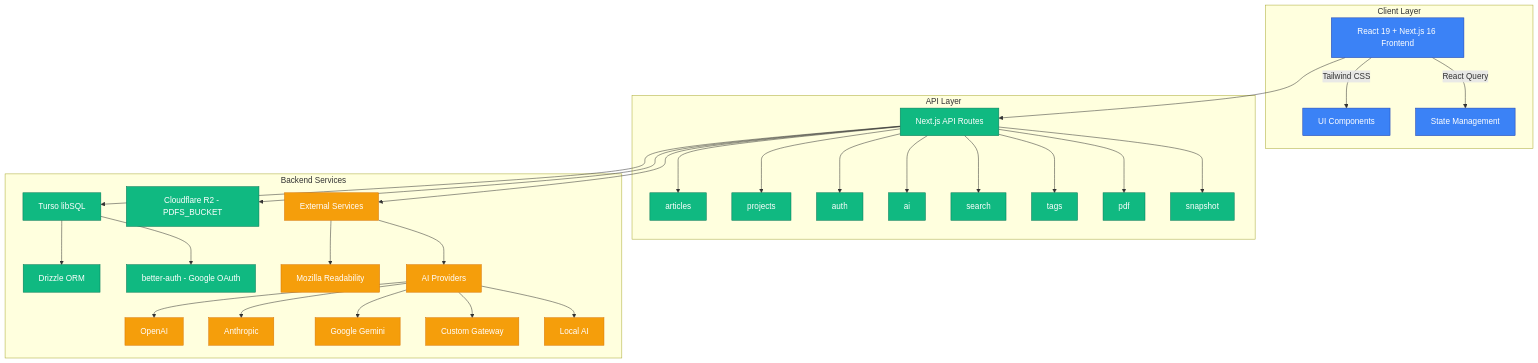
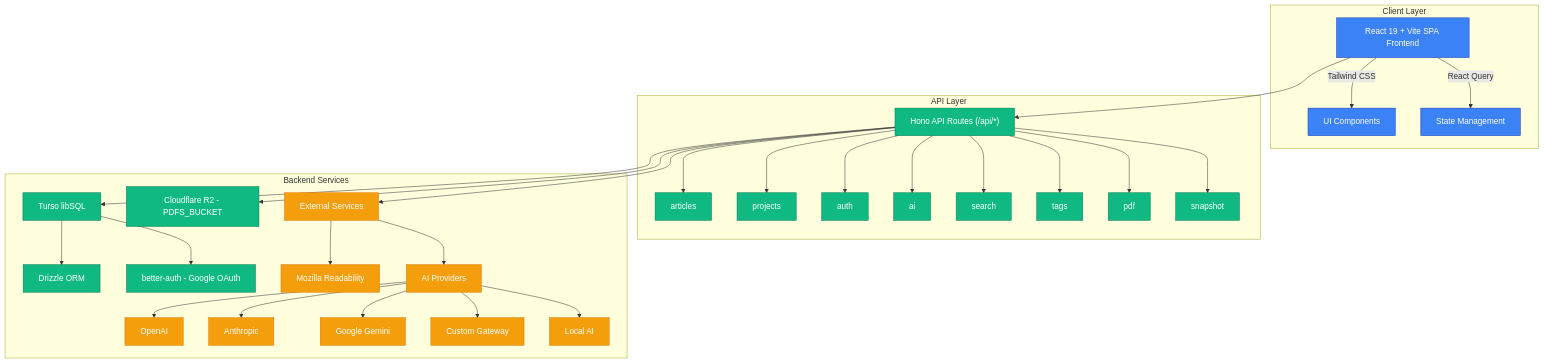
The diagram in README.md (Significant-Hobbies/reader), drawn with Mermaid before and after one commit. The commit also changed other lines of this file, not shown here.

First line of the commit message:
docs: fix stale Next.js/OpenNext references in README

````diff
--- a/README.md
+++ b/README.md
@@ -53,50 +53,50 @@
 ```mermaid
 graph TB
     subgraph "Client Layer"
-        UI[React 19 + Next.js 16 Frontend]
+        UI[React 19 + Vite SPA Frontend]
         UI --> |Tailwind CSS| Styling[UI Components]
         UI --> |React Query| State[State Management]
     end
 
     subgraph "API Layer"
-        API["Next.js API Routes"]
+        API["Hono API Routes (/api/*)"]
         API --> Articles["articles"]
         API --> Projects["projects"]
         API --> Auth["auth"]
         API --> AI["ai"]
         API --> Search["search"]
         API --> Tags["tags"]
         API --> PDF["pdf"]
         API --> Snapshot["snapshot"]
     end
 
     subgraph "Backend Services"
         Turso[Turso libSQL]
         Turso --> Drizzle[Drizzle ORM]
         Turso --> BetterAuth[better-auth - Google OAuth]
 
         R2[Cloudflare R2 - PDFS_BUCKET]
 
         External[External Services]
         External --> Readability[Mozilla Readability]
         External --> AIProviders[AI Providers]
         AIProviders --> OpenAI[OpenAI]
         AIProviders --> Anthropic[Anthropic]
         AIProviders --> Gemini[Google Gemini]
         AIProviders --> Gateway[Custom Gateway]
         AIProviders --> LocalAI[Local AI]
     end
 
     UI --> API
     API --> Turso
     API --> R2
     API --> External
 
     classDef frontend fill:#3b82f6,stroke:#1e40af,color:#fff
     classDef backend fill:#10b981,stroke:#047857,color:#fff
     classDef external fill:#f59e0b,stroke:#d97706,color:#fff
 
     class UI,Styling,State frontend
     class API,Articles,Projects,Auth,AI,Search,Tags,PDF,Snapshot,Turso,Drizzle,BetterAuth,R2 backend
     class External,Readability,AIProviders,OpenAI,Anthropic,Gemini,Gateway,LocalAI external
 ```
````
